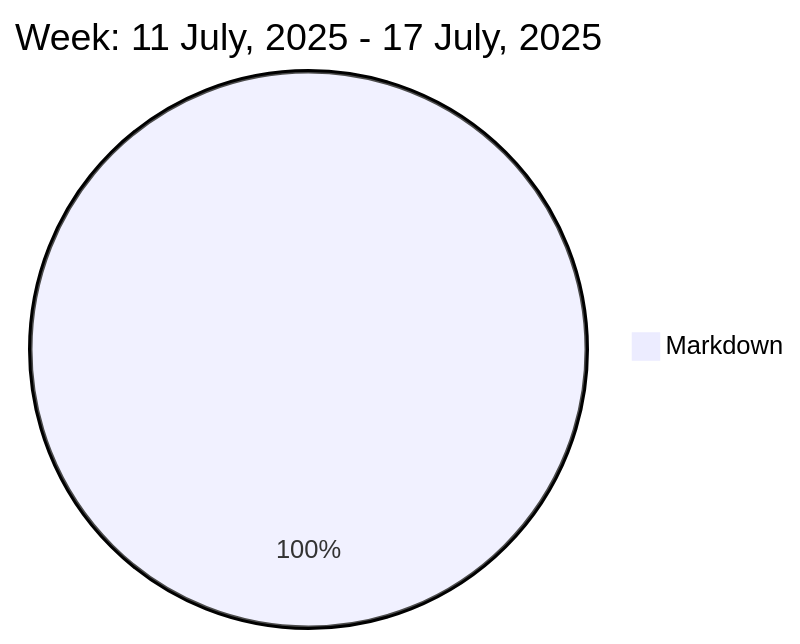
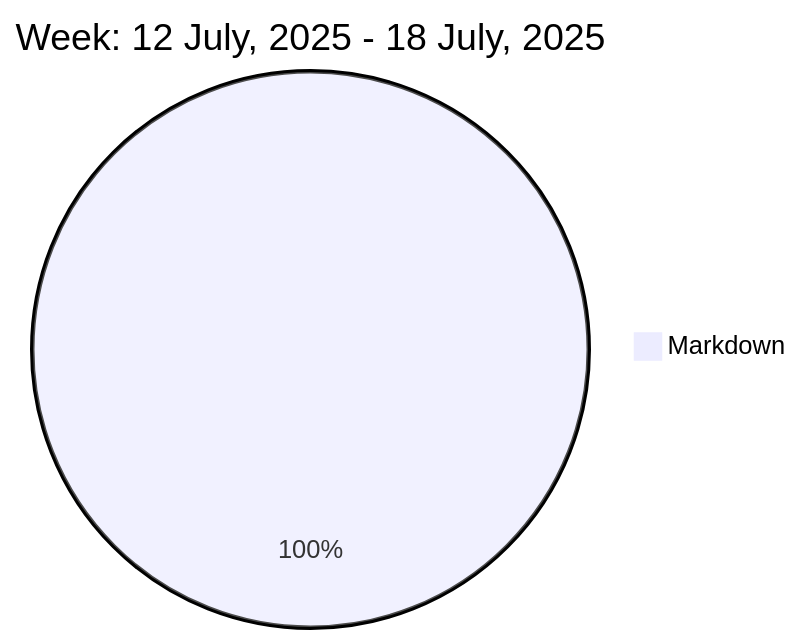
The diagram in README.md (liubin95/liubin95), drawn with Mermaid before and after one commit.

Commit message:
Updated the Graph with new Metrics

````diff
--- a/README.md
+++ b/README.md
@@ -37,5 +37,5 @@
 ```mermaid
  pie
-title Week: 11 July, 2025 - 17 July, 2025
- "Markdown" : 2.32
+title Week: 12 July, 2025 - 18 July, 2025
+ "Markdown" : 2.15
 ```
````
